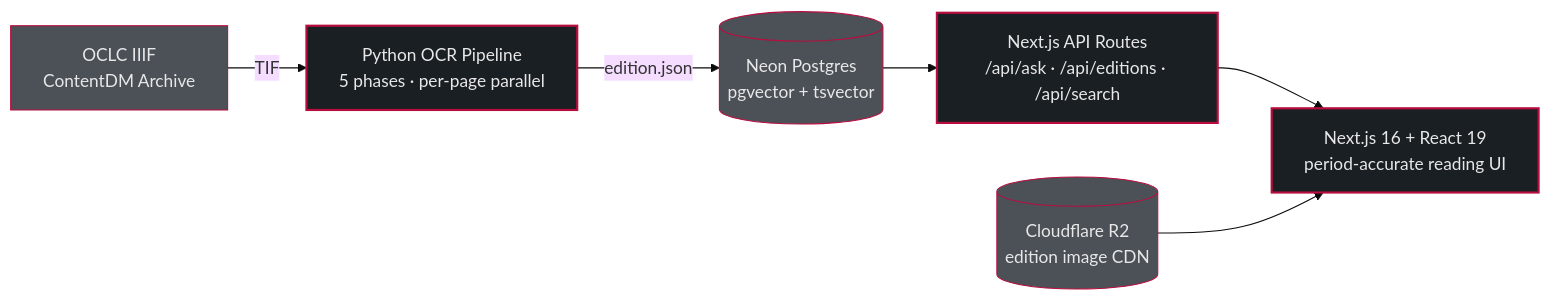
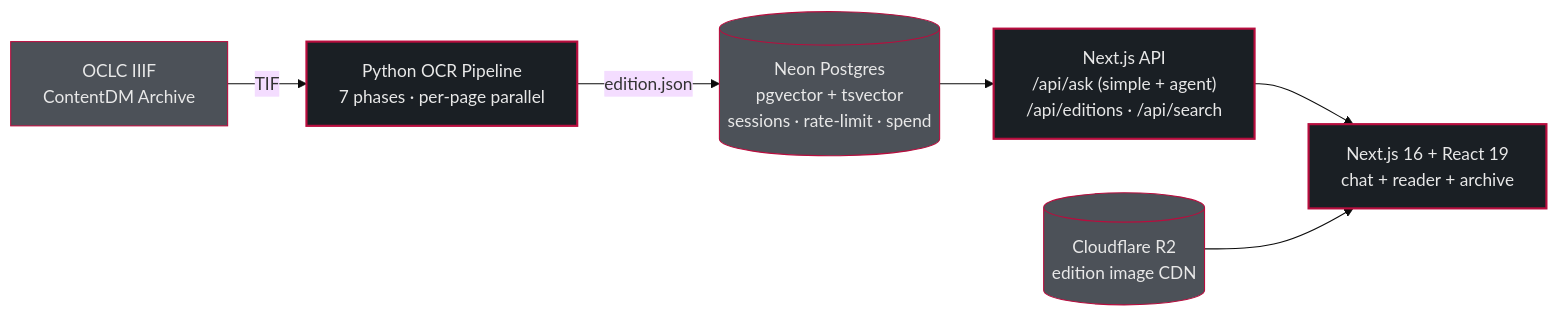
The diagram in README.md (Bamyani1/interactive-newspaper), drawn with Mermaid (base theme) before and after one commit. The commit also changed other lines of this file, not shown here.

First line of the commit message:
docs(readme): rewrite for chat-ui-enhancement + architecture docs

````diff
--- a/README.md
+++ b/README.md
@@ -101,18 +105,18 @@
 ```mermaid
 flowchart LR
   classDef brand fill:#1A1F24,stroke:#B80D3E,color:#E8E8E8,stroke-width:2px
   classDef data fill:#4C5158,stroke:#B80D3E,color:#E8E8E8,stroke-width:1px
 
   IIIF["OCLC IIIF<br/>ContentDM Archive"]:::data
-  OCR["Python OCR Pipeline<br/>5 phases · per-page parallel"]:::brand
-  DB[("Neon Postgres<br/>pgvector + tsvector")]:::data
-  API["Next.js API Routes<br/>/api/ask · /api/editions · /api/search"]:::brand
+  OCR["Python OCR Pipeline<br/>7 phases · per-page parallel"]:::brand
+  DB[("Neon Postgres<br/>pgvector + tsvector<br/>sessions · rate-limit · spend"  )]:::data
+  API["Next.js API<br/>/api/ask (simple + agent)<br/>/api/editions · /api/search"]:::brand
   R2[("Cloudflare R2<br/>edition image CDN")]:::data
-  UI["Next.js 16 + React 19<br/>period-accurate reading UI"]:::brand
+  UI["Next.js 16 + React 19<br/>chat + reader + archive"]:::brand
 
   IIIF -- "TIF" --> OCR
   OCR -- "edition.json" --> DB
   DB --> API
   API --> UI
   R2 --> UI
 ```
````
